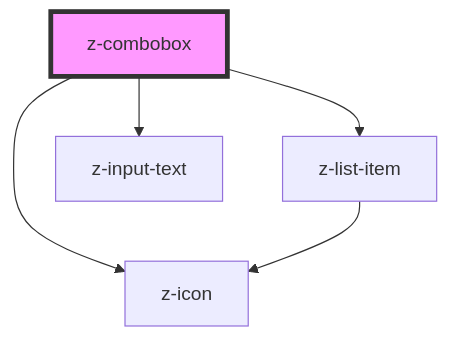
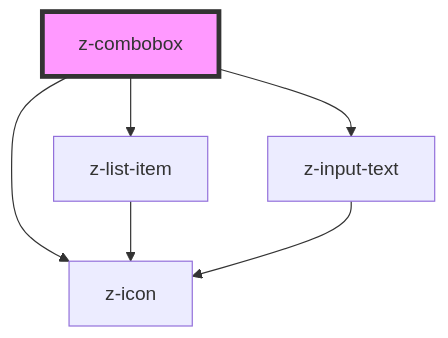
One commit to ZanichelliEditore/design-system changed the diagram in web-components-library/src/components/z-combobox/readme.md. Above: the diagram before and after it, drawn with Mermaid. The commit also changed 8 other files, not shown here.

````diff
--- a/web-components-library/src/components/z-combobox/readme.md
+++ b/web-components-library/src/components/z-combobox/readme.md
@@ -29,8 +29,9 @@
 ```mermaid
 graph TD;
   z-combobox --> z-icon
   z-combobox --> z-list-item
   z-combobox --> z-input-text
   z-list-item --> z-icon
+  z-input-text --> z-icon
   style z-combobox fill:#f9f,stroke:#333,stroke-width:4px
 ```
````
